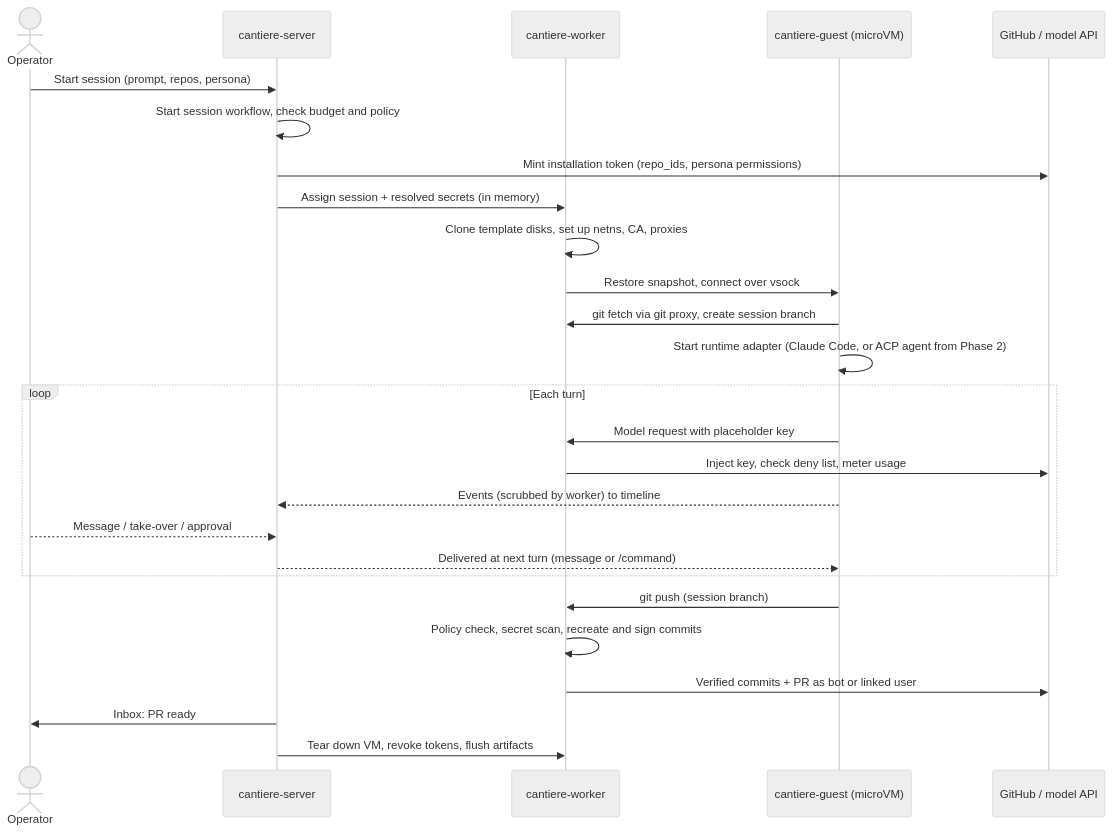
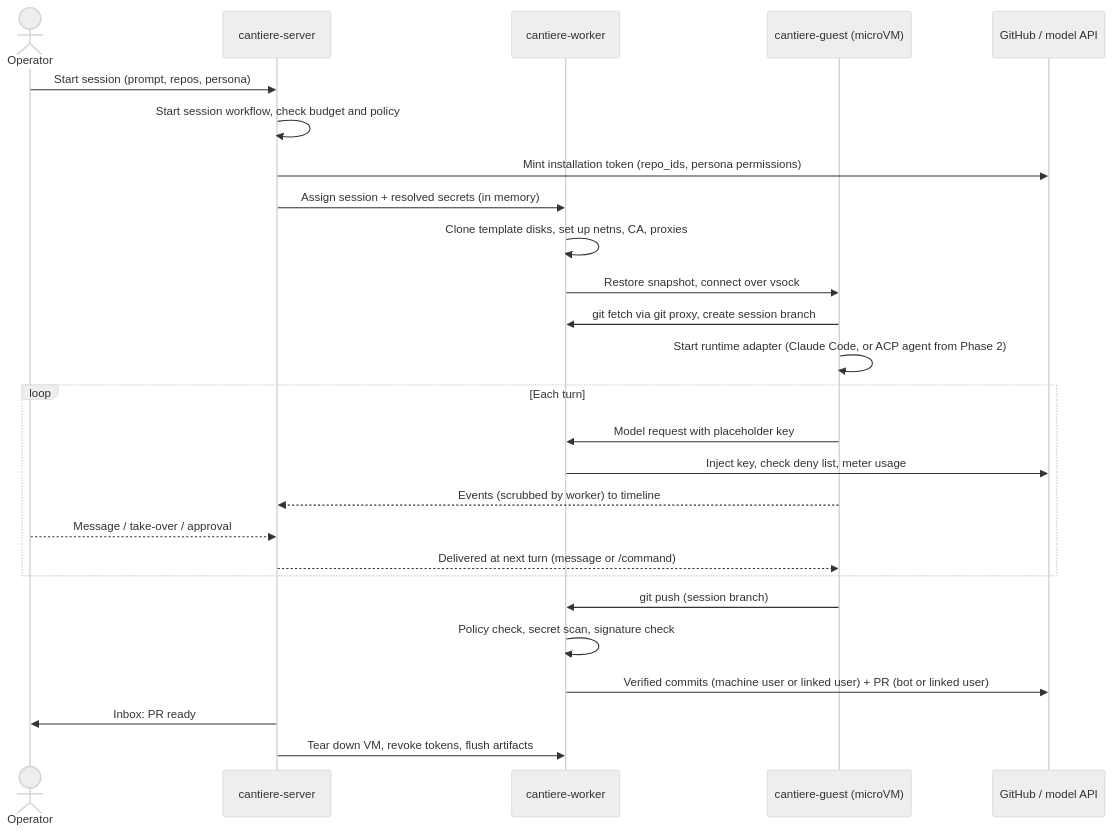
Before and after one commit to noahwhite/cantiere: the second of 2 diagrams in docs/architecture.md, drawn with Mermaid (neutral theme). The commit also changed other lines of this file and 8 other files, not shown here.

First line of the commit message:
docs: sign commits through a forwarded agent (ADR-0012) (#6)

````diff
--- a/docs/architecture.md
+++ b/docs/architecture.md
@@ -91,29 +91,29 @@
 ```mermaid
 sequenceDiagram
     actor U as Operator
     participant S as cantiere-server
     participant W as cantiere-worker
     participant G as cantiere-guest (microVM)
     participant X as GitHub / model API
 
     U->>S: Start session (prompt, repos, persona)
     S->>S: Start session workflow, check budget and policy
     S->>X: Mint installation token (repo_ids, persona permissions)
     S->>W: Assign session + resolved secrets (in memory)
     W->>W: Clone template disks, set up netns, CA, proxies
     W->>G: Restore snapshot, connect over vsock
     G->>W: git fetch via git proxy, create session branch
     G->>G: Start runtime adapter (Claude Code, or ACP agent from Phase 2)
     loop Each turn
         G->>W: Model request with placeholder key
         W->>X: Inject key, check deny list, meter usage
         G-->>S: Events (scrubbed by worker) to timeline
         U-->>S: Message / take-over / approval
         S-->>G: Delivered at next turn (message or /command)
     end
     G->>W: git push (session branch)
-    W->>W: Policy check, secret scan, recreate and sign commits
-    W->>X: Verified commits + PR as bot or linked user
+    W->>W: Policy check, secret scan, signature check
+    W->>X: Verified commits (machine user or linked user) + PR (bot or linked user)
     S->>U: Inbox: PR ready
     S->>W: Tear down VM, revoke tokens, flush artifacts
 ```
````
